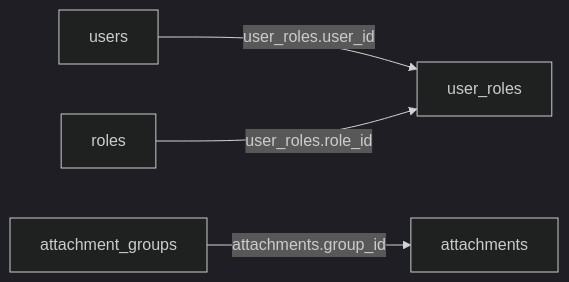
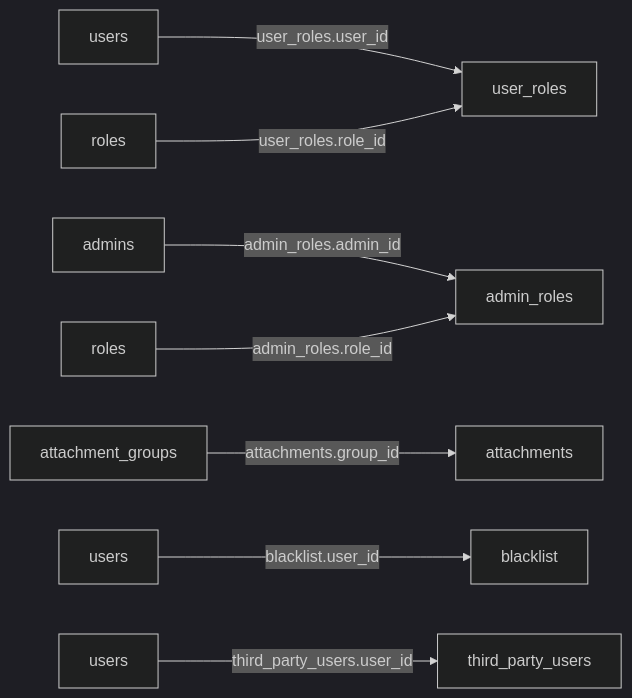
One commit to wuwuseo/e-sports-go-admin changed the third of 3 diagrams in .qoder/repowiki/zh/content/数据库设计/表结构定义.md. Above: the diagram before and after it, drawn with Mermaid (dark theme). The commit also changed other lines of this file and 42 other files, not shown here.

````diff
--- a/.qoder/repowiki/zh/content/数据库设计/表结构定义.md
+++ b/.qoder/repowiki/zh/content/数据库设计/表结构定义.md
@@ -374,6 +643,10 @@
 ```mermaid
 graph LR
 U["users"] -- "user_roles.user_id" --> UR["user_roles"]
 R["roles"] -- "user_roles.role_id" --> UR
+A["admins"] -- "admin_roles.admin_id" --> AR["admin_roles"]
+R2["roles"] -- "admin_roles.role_id" --> AR
 AG["attachment_groups"] -- "attachments.group_id" --> AT["attachments"]
+U2["users"] -- "blacklist.user_id" --> BL["blacklist"]
+U3["users"] -- "third_party_users.user_id" --> TP["third_party_users"]
 ```
````
